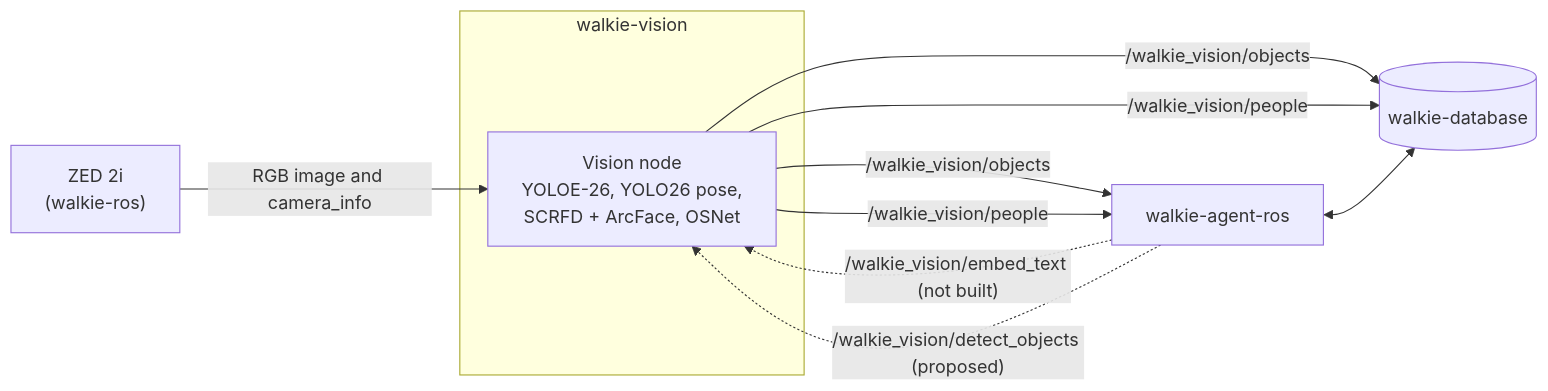
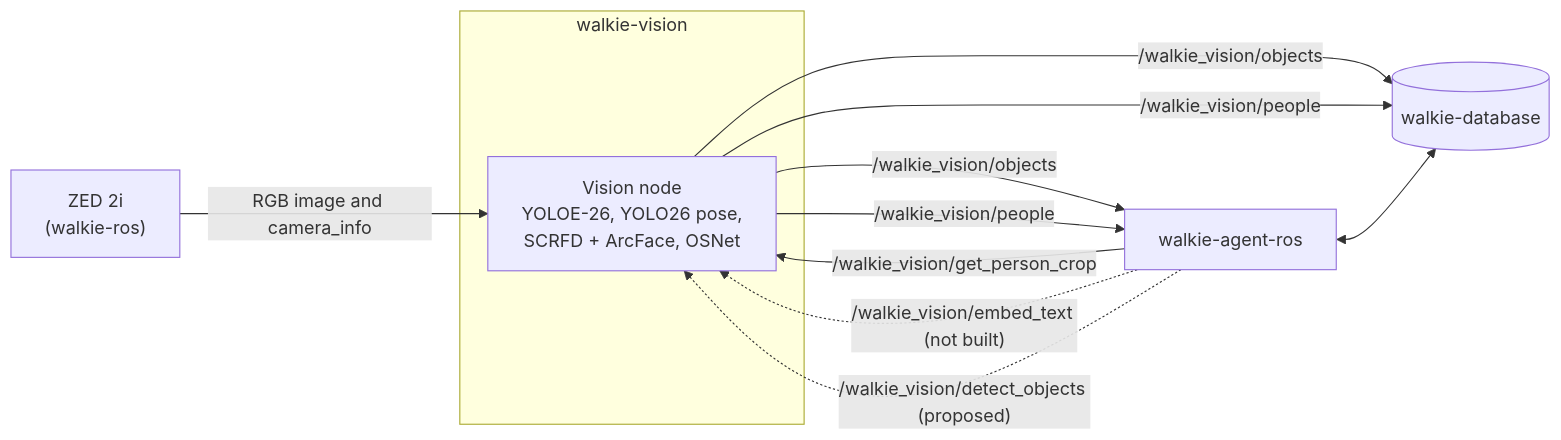
The first of 3 diagrams in docs/architecture/vision.md (EIC-Robocup-2026/walkie-vision), drawn with Mermaid before and after one commit. The commit also changed other lines of this file and 18 other files, not shown here.

````diff
--- a/docs/architecture/vision.md
+++ b/docs/architecture/vision.md
@@ -43,18 +49,19 @@
 ```mermaid
 flowchart LR
   zed["ZED 2i<br/>(walkie-ros)"]
   subgraph vision["walkie-vision"]
     node["Vision node<br/>YOLOE-26, YOLO26 pose,<br/>SCRFD + ArcFace, OSNet"]
   end
   db[("walkie-database")]
   agent["walkie-agent-ros"]
 
   zed -- "RGB image and camera_info" --> node
   node -- "/walkie_vision/objects" --> db
   node -- "/walkie_vision/people" --> db
   node -- "/walkie_vision/objects" --> agent
   node -- "/walkie_vision/people" --> agent
+  agent -- "/walkie_vision/get_person_crop" --> node
   agent -. "/walkie_vision/embed_text (not built)" .-> node
   agent -. "/walkie_vision/detect_objects (proposed)" .-> node
   agent <--> db
 ```
````
